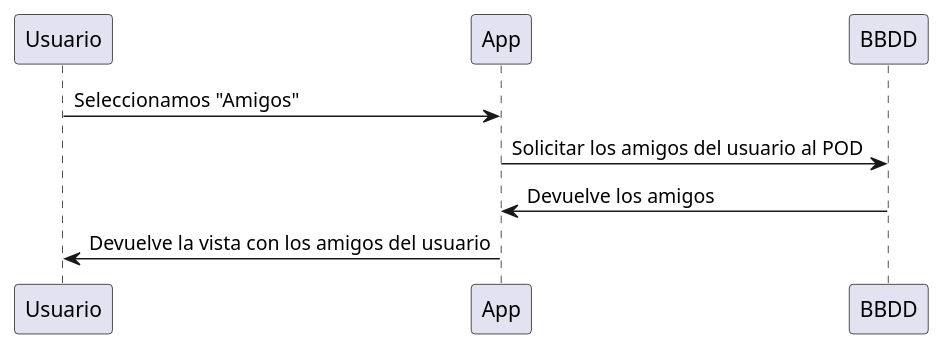
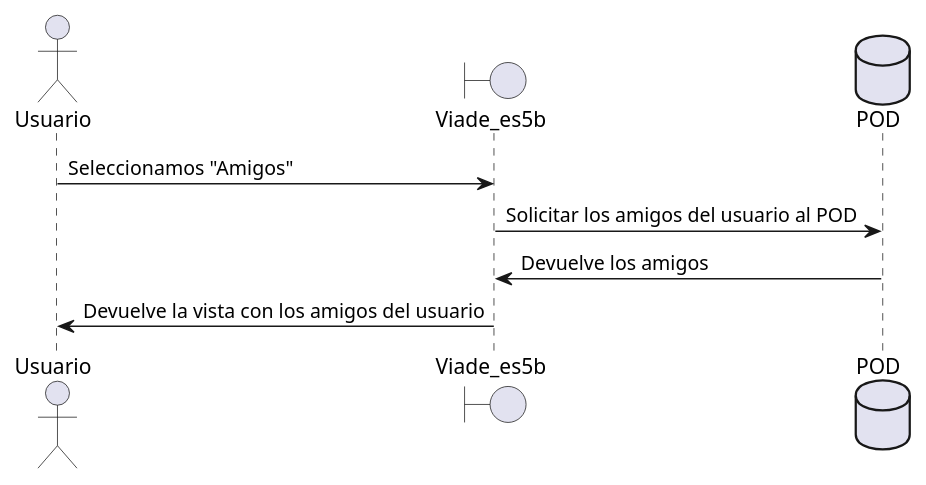
Before and after one commit to Arquisoft/viade_es5b: the sixth of 16 diagrams in src/docs/06_runtime_view.adoc, drawn with PlantUML. The commit also changed other lines of this file, not shown here.

Commit message:
Cambios a partir del escenario 1

```diff
--- a/src/docs/06_runtime_view.adoc
+++ b/src/docs/06_runtime_view.adoc
@@ -148,7 +163,10 @@
 [plantuml,"DiagramaVerAmigos",png]
 ----
-Usuario -> App: Seleccionamos "Amigos"
-App -> BBDD : Solicitar los amigos del usuario al POD
-BBDD -> App: Devuelve los amigos
-App -> Usuario: Devuelve la vista con los amigos del usuario
+actor Usuario
+boundary Viade_es5b
+database POD
+Usuario -> Viade_es5b: Seleccionamos "Amigos"
+Viade_es5b -> POD : Solicitar los amigos del usuario al POD
+POD -> Viade_es5b: Devuelve los amigos
+Viade_es5b -> Usuario: Devuelve la vista con los amigos del usuario
 ----
```
